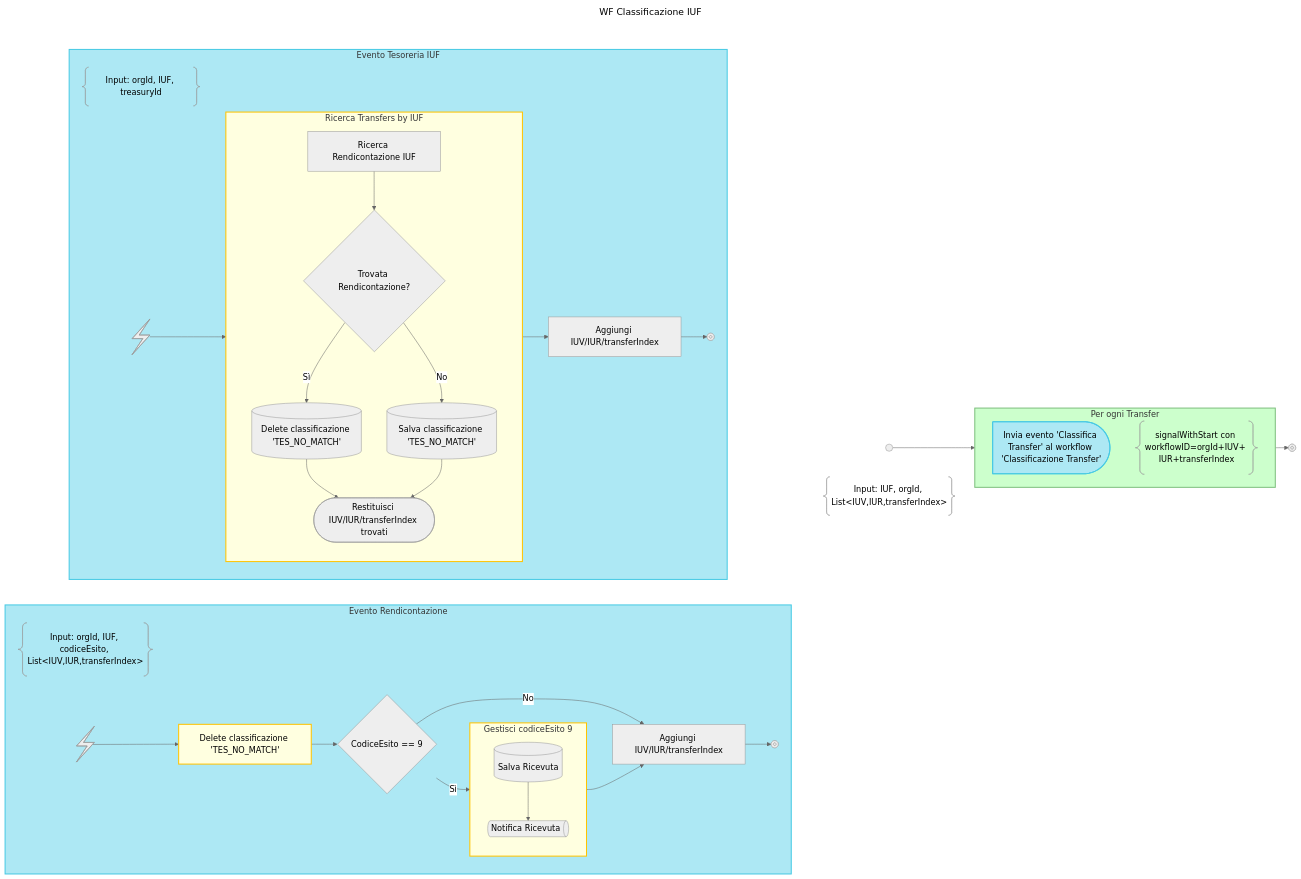
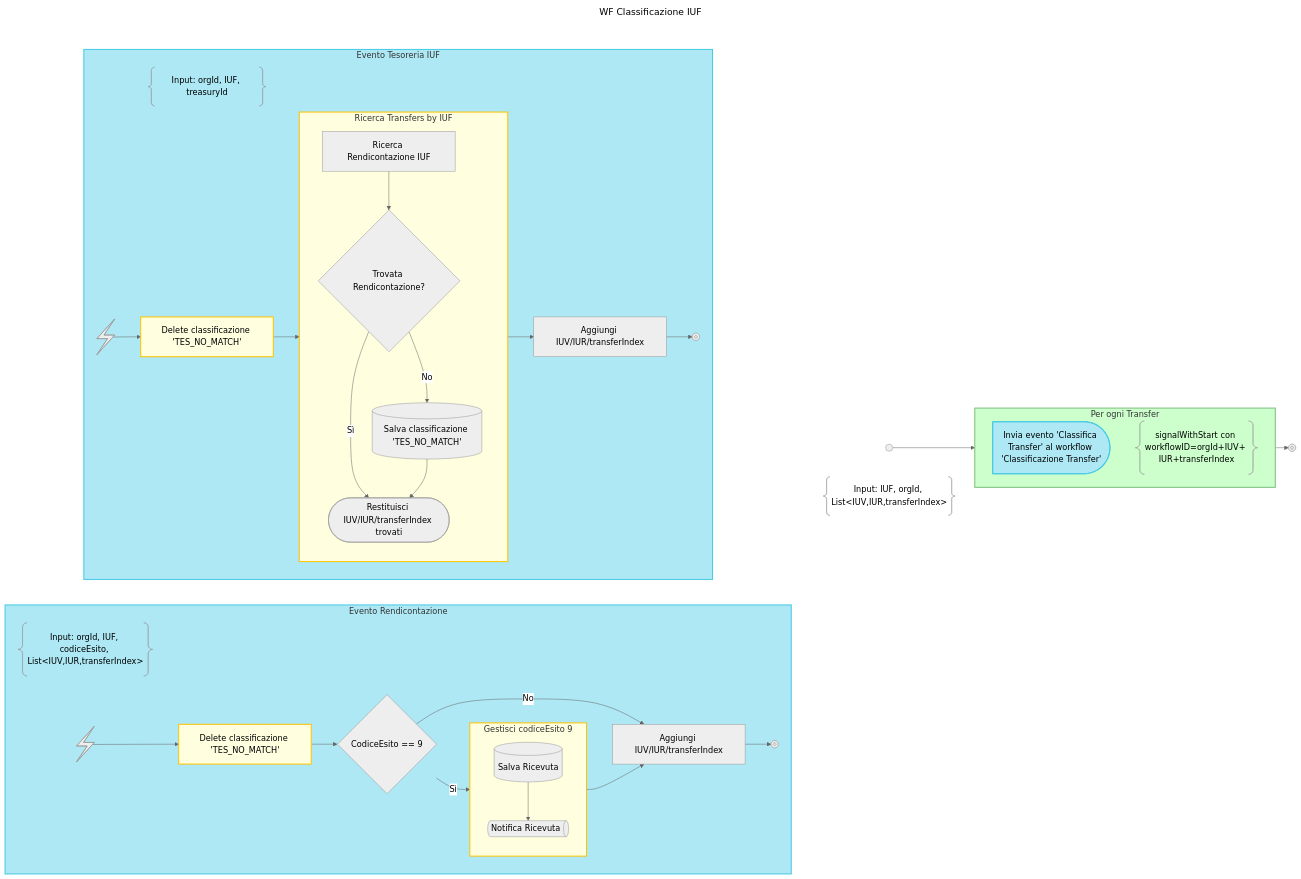
The diagram in design/workflow/classificazioneIncassi/06.classificazioneIuf.mmd (pagopa/p4pa-doc), drawn with Mermaid (neutral theme) before and after one commit. The commit also changed 3 other files, not shown here.

```diff
--- a/design/workflow/classificazioneIncassi/06.classificazioneIuf.mmd
+++ b/design/workflow/classificazioneIncassi/06.classificazioneIuf.mmd
@@ -1,91 +1,92 @@
 ---
 title: WF Classificazione IUF
 config:
     flowchart:
         rankSpacing: 1
 ---
 flowchart TD
     subgraph WF_BLOCK
         subgraph NOTE_START_BLOCK
             DESCRIPTION@{ shape: braces, label: "Input: IUF, orgId, List&lt;IUV,IUR,transferIndex&gt;" }
             START@{shape: start}
         end
         class NOTE_START_BLOCK hidden
 
         START --> LOOP_IUVs
 
         subgraph LOOP_IUVs["Per ogni Transfer"]
         direction TB
 
         SIGNAL_IUV:::send-signal@{shape: delay, label: "Invia evento 'Classifica Transfer' al workflow 'Classificazione Transfer'"}
         NOTE_SIGNAL_IUV@{ shape: braces, label: "signalWithStart con workflowID=orgId+IUV+ IUR+transferIndex" }
         end
 
         LOOP_IUVs --> END@{shape: stop}
         class LOOP_IUVs loop
     end
     class WF_BLOCK hidden
 
     subgraph SIGNALS_BLOCK
     direction LR
 
         subgraph SIGNAL_RENDICONTAZIONE_BLOCK["Evento Rendicontazione"]
         direction LR
             DESCRIPTION_SIGNAL_RENDICONTAZIONE@{ shape: braces, label: "Input: orgId, IUF, codiceEsito, List&lt;IUV,IUR,transferIndex&gt;" } -->
             DUMMY1:::hidden --> DUMMY2:::hidden --> DUMMY3:::hidden --> DUMMY4:::hidden --> DUMMY5:::hidden
             linkStyle 2,3,4,5,6 display:none
 
             SIGNAL_RENDICONTAZIONE@{ shape: bolt } -->
             DELETE_CLASSIFY_NULL_IUV:::activity@{label: "Delete classificazione 'TES_NO_MATCH'"} -->
             IS_CODICEESITO9{"CodiceEsito == 9"} --> |Sì|HANDLE_CODICEESITO9
             subgraph HANDLE_CODICEESITO9["Gestisci codiceEsito 9"]
                 SAVE_RT@{shape: database, label: "Salva Ricevuta"} -->
                 SEND_RT_MSG@{shape: das, label: "Notifica Ricevuta"}
             end
             class HANDLE_CODICEESITO9 activity
 
             IS_CODICEESITO9 --> |No|ADD_RENDICONTAZIONE_IUVS
 
             HANDLE_CODICEESITO9 -->
             ADD_RENDICONTAZIONE_IUVS["Aggiungi IUV/IUR/transferIndex "] -->
             SIGNAL_RENDICONTAZIONE_END@{ shape: "stop" }
         end
         class SIGNAL_RENDICONTAZIONE_BLOCK signal_block
 
         subgraph SIGNAL_TESORERIA_BLOCK["Evento Tesoreria IUF"]
         direction LR
             DESCRIPTION_SIGNAL_TESORERIA@{ shape: braces, label: "Input: orgId, IUF, treasuryId" } -->
             DUMMY6:::hidden --> DUMMY7:::hidden --> DUMMY8:::hidden
             linkStyle 14,15,16 display:none
 
-            SIGNAL_TESORERIA@{ shape: bolt } --> FIND_TESORERIA_IUVS_ACTIVITY
+            SIGNAL_TESORERIA@{ shape: bolt } -->
+            DELETE_TES_ANOMALY:::activity@{label: "Delete classificazione 'TES_NO_MATCH'"} -->
+            FIND_TESORERIA_IUVS_ACTIVITY
 
             subgraph FIND_TESORERIA_IUVS_ACTIVITY["Ricerca Transfers by IUF"]
 
                 FIND_TESORERIA_IUVS["Ricerca Rendicontazione IUF"] -->
                 EXISTS_RENDICONTAZIONE_TES{"Trovata Rendicontazione?"}
 
                 EXISTS_RENDICONTAZIONE_TES -->
-                |Sì| DELETE_TES_ANOMALY@{shape: database, label: "Delete classificazione 'TES_NO_MATCH'"} -->
-                RETURN_TESORERIA_IUVS@{shape: terminal, label: "Restituisci IUV/IUR/transferIndex trovati"}
+                |Sì|RETURN_TESORERIA_IUVS@{shape: terminal, label: "Restituisci IUV/IUR/transferIndex trovati"}
 
                 EXISTS_RENDICONTAZIONE_TES -->
                 |No|SAVE_TES_ANOMALY@{shape: database, label: "Salva classificazione 'TES_NO_MATCH'"} -->
                 RETURN_TESORERIA_IUVS
             end
             class FIND_TESORERIA_IUVS_ACTIVITY activity
 
             FIND_TESORERIA_IUVS_ACTIVITY -->
             ADD_TESORERIA_IUVS["Aggiungi IUV/IUR/transferIndex "] -->
             SIGNAL_TESORERIA_END@{ shape: "stop" }
         end
         class SIGNAL_TESORERIA_BLOCK signal_block
     end
     class SIGNALS_BLOCK hidden
 
     classDef note_block display:none;
     classDef hidden display:none;
     classDef activity fill:#FFFFE0, stroke:#ffc300, stroke-width:2px;
     classDef loop fill:#CCFFCC, stroke:#7FBF7F, stroke-width:2px, padding-bottom: 5px;
     classDef signal_block fill:#ade8f4, stroke:#48cae4, stroke-width:2px
     classDef send-signal fill:#ade8f4, stroke:#48cae4, stroke-width:2px
```
